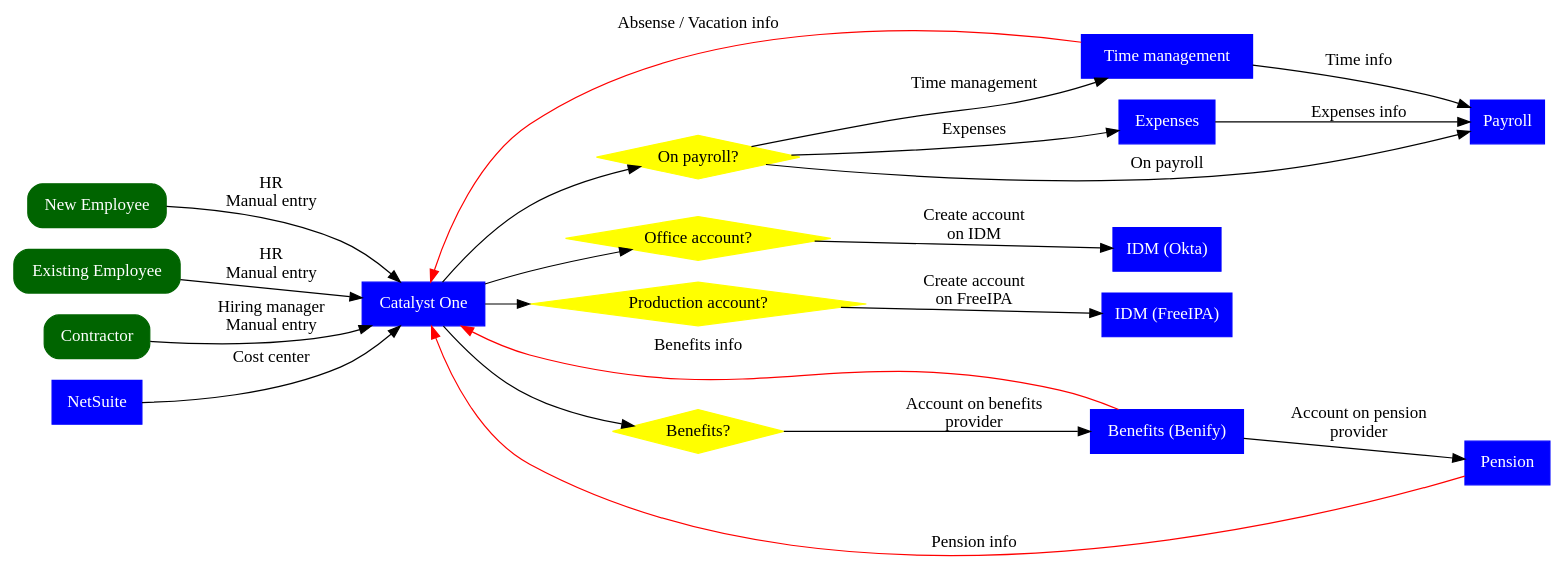
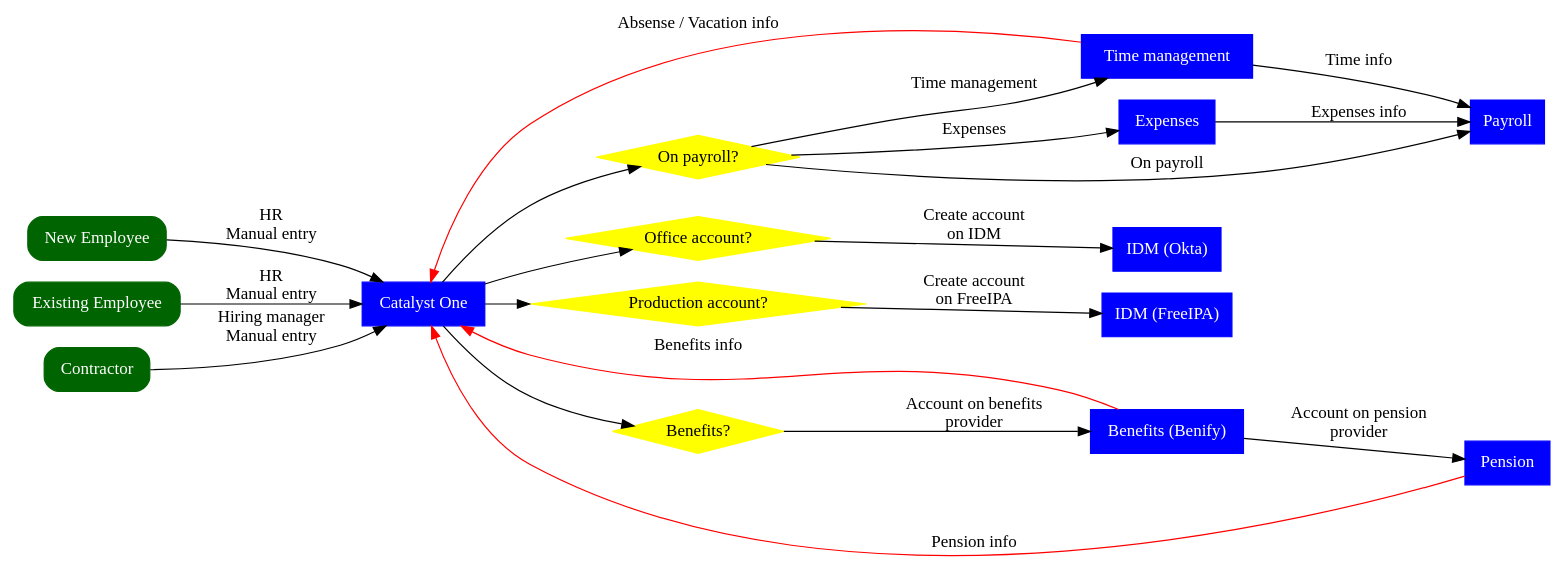
One commit to dstergiou/workflow changed the diagram in HR_system.dot. Above: the diagram before and after it, drawn with Graphviz.

Commit message:
Removed NetSuite from the integrations

```diff
--- a/HR_system.dot
+++ b/HR_system.dot
@@ -1,140 +1,130 @@
 digraph {
     fontname="Verdana";
     // label = "System Integration" 
     node[fontname="Verdana", style=rounded]
     rankdir = LR
 
     newemployee [
             shape=box, 
             style="rounded,filled", 
             color=darkgreen, 
             fontcolor=white,
             label="New Employee"];
         
         employee [
             shape=box, 
             style="rounded,filled", 
             color=darkgreen, 
             fontcolor=white,
             label="Existing Employee"];
 
         contractor [
             shape=box, 
             style="rounded,filled", 
             color=darkgreen, 
             fontcolor=white,
             label="Contractor"];
-
 
         catalystone[
             shape=box, 
             style=filled,
             color=blue,
             fontcolor=white,
             label="Catalyst One"];
 
         payroll[
             shape=box, 
             style=filled,
             color=blue,
             fontcolor=white,
             label="Payroll"];
 
         timemanagement[
             shape=box, 
             style=filled,
             color=blue,
             fontcolor=white,
             label="Time management"];
 
         expenses[
             shape=box, 
             style=filled,
             color=blue,
             fontcolor=white,
             label="Expenses"];
         
         okta[
             shape=box, 
             style=filled,
             color=blue,
             fontcolor=white,
             label="IDM (Okta)"];
 
         freeipa[
             shape=box, 
             style=filled,
             color=blue,
             fontcolor=white,
             label="IDM (FreeIPA)"];
 
         benefits[
             shape=box, 
             style=filled,
             color=blue,
             fontcolor=white,
             label="Benefits (Benify)"];
 
         pension[
             shape=box, 
             style=filled,
             color=blue,
             fontcolor=white,
             label="Pension"];
 
-        erp[
-            shape=box, 
-            style=filled,
-            color=blue,
-            fontcolor=white,
-            label="NetSuite"];
-
         need_payroll[
             shape=diamond,
             style = filled,
             color=yellow, 
             label="On payroll?"];
 
         need_office[
             shape=diamond,
             style = filled,
             color=yellow, 
             label="Office account?"];
 
         need_production[
             shape=diamond,
             style = filled,
             color=yellow, 
             label="Production account?"];
 
         need_benefits[
             shape=diamond,
             style = filled,
             color=yellow, 
             label="Benefits?"];
 
     newemployee -> catalystone [ label = "HR\nManual entry"]
     contractor -> catalystone [ label = "Hiring manager\nManual entry" ]
     employee -> catalystone [ label = "HR\nManual entry"]
-    
-    erp -> catalystone [ label = "Cost center" ]
-    
+        
     catalystone -> need_payroll
     catalystone -> need_office
     catalystone -> need_production
     catalystone -> need_benefits
     
     need_payroll -> payroll [ label = "On payroll" ]
     need_payroll -> timemanagement [ label = "Time management" ]
     need_payroll -> expenses [ label = "Expenses"]
     need_office -> okta [ label = "Create account\n on IDM"]
     need_production -> freeipa [ label = "Create account\n on FreeIPA"]
     need_benefits -> benefits [ label = "Account on benefits\nprovider" ]
     benefits -> pension [ label = "Account on pension\nprovider" ]
 
     expenses -> payroll [ label = "Expenses info" ]
     timemanagement -> catalystone [ label = "Absense / Vacation info", color = "red" ]
     timemanagement -> payroll [ label = "Time info" ]
     benefits -> catalystone [ label = "Benefits info", color = "red" ]
     pension -> catalystone [ label = "Pension info", color = "red"  ]
 }
```
